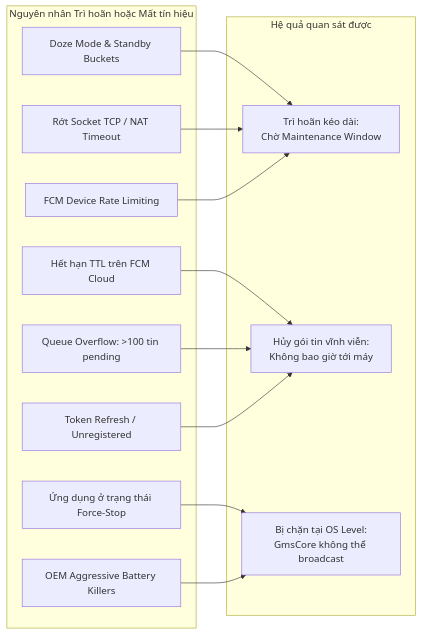
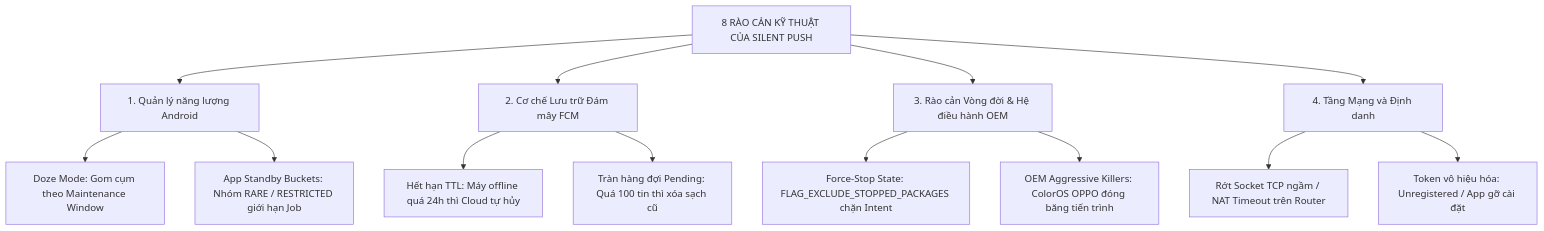
The fifth of 5 diagrams in docs/mechanisms/SILENT_PUSH.md (ThanhTris/Seminar-IE307), drawn with Mermaid before and after one commit. The commit also changed other lines of this file and 2 other files, not shown here.

Commit message:
docs(SEM-15): bổ sung nghiên cứu chuyên sâu cơ chế silent push, GmsCore, blueprints và Q&A phản biện

````diff
--- a/docs/mechanisms/SILENT_PUSH.md
+++ b/docs/mechanisms/SILENT_PUSH.md
@@ -205,28 +287,20 @@
 ```mermaid
-flowchart LR
-    subgraph Causes[Nguyên nhân Trì hoãn hoặc Mất tín hiệu]
-        C1[Doze Mode & Standby Buckets]
-        C2[Hết hạn TTL trên FCM Cloud]
-        C3[Queue Overflow: >100 tin pending]
-        C4[Ứng dụng ở trạng thái Force-Stop]
-        C5[OEM Aggressive Battery Killers]
-        C6[Rớt Socket TCP / NAT Timeout]
-        C7[FCM Device Rate Limiting]
-        C8[Token Refresh / Unregistered]
-    end
+flowchart TD
+    ROOT[8 RÀO CẢN KỸ THUẬT CỦA SILENT PUSH]
 
-    subgraph Impacts[Hệ quả quan sát được]
-        D_DELAY[Trì hoãn kéo dài:<br/>Chờ Maintenance Window]
-        D_DROP[Hủy gói tin vĩnh viễn:<br/>Không bao giờ tới máy]
-        D_BLOCKED[Bị chặn tại OS Level:<br/>GmsCore không thể broadcast]
-    end
+    ROOT --> G1[1. Quản lý năng lượng Android]
+    G1 --> C1[Doze Mode: Gom cụm theo Maintenance Window]
+    G1 --> C2[App Standby Buckets: Nhóm RARE / RESTRICTED giới hạn Job]
 
-    C1 --> D_DELAY
-    C2 --> D_DROP
-    C3 --> D_DROP
-    C4 --> D_BLOCKED
-    C5 --> D_BLOCKED
-    C6 --> D_DELAY
-    C7 --> D_DELAY
-    C8 --> D_DROP
+    ROOT --> G2[2. Cơ chế Lưu trữ Đám mây FCM]
+    G2 --> C3[Hết hạn TTL: Máy offline quá 24h thì Cloud tự hủy]
+    G2 --> C4[Tràn hàng đợi Pending: Quá 100 tin thì xóa sạch cũ]
+
+    ROOT --> G3[3. Rào cản Vòng đời & Hệ điều hành OEM]
+    G3 --> C5[Force-Stop State: FLAG_EXCLUDE_STOPPED_PACKAGES chặn Intent]
+    G3 --> C6[OEM Aggressive Killers: ColorOS OPPO đóng băng tiến trình]
+
+    ROOT --> G4[4. Tầng Mạng và Định danh]
+    G4 --> C7[Rớt Socket TCP ngầm / NAT Timeout trên Router]
+    G4 --> C8[Token vô hiệu hóa: Unregistered / App gỡ cài đặt]
 ```
````
